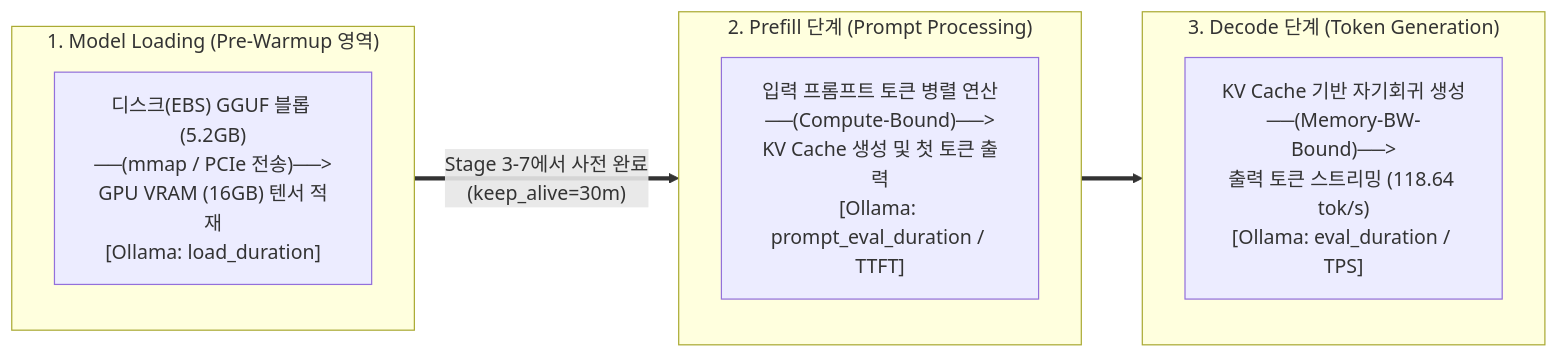
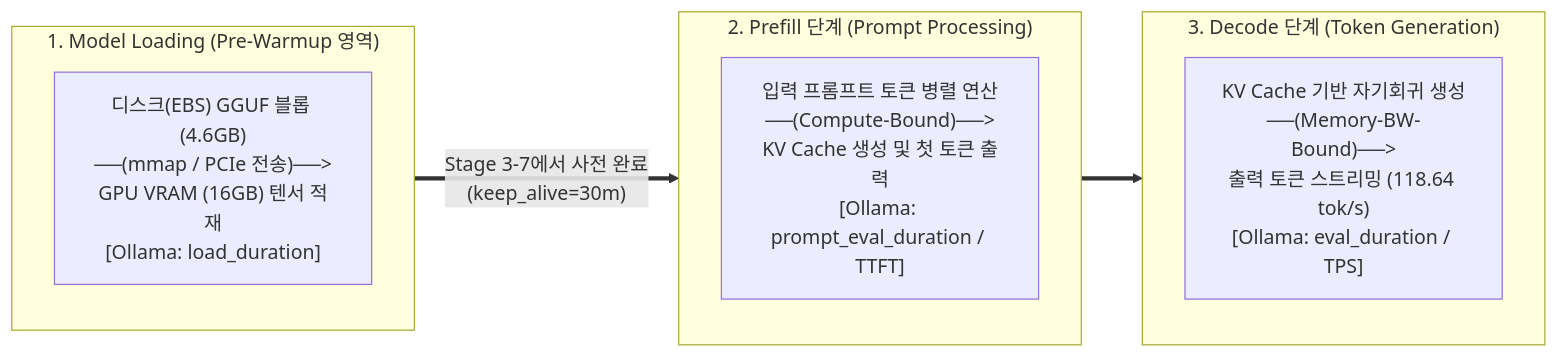
One commit to cloud-barista/cm-beetle changed diagram 15 of 15 in docs/poc/ai-service-migration-design.md. Above: the diagram before and after it, drawn with Mermaid. The commit also changed other lines of this file and 8 other files, not shown here.

````diff
--- a/docs/poc/ai-service-migration-design.md
+++ b/docs/poc/ai-service-migration-design.md
@@ -639,16 +638,16 @@
 ```mermaid
 flowchart LR
     subgraph Phase0["1. Model Loading (Pre-Warmup 영역)"]
-        L["디스크(EBS) GGUF 블롭 (5.2GB)\n──(mmap / PCIe 전송)──>\nGPU VRAM (16GB) 텐서 적재\n[Ollama: load_duration]"]
+        L["디스크(EBS) GGUF 블롭 (4.6GB)\n──(mmap / PCIe 전송)──>\nGPU VRAM (16GB) 텐서 적재\n[Ollama: load_duration]"]
     end
 
     subgraph Phase1["2. Prefill 단계 (Prompt Processing)"]
         P["입력 프롬프트 토큰 병렬 연산\n──(Compute-Bound)──>\nKV Cache 생성 및 첫 토큰 출력\n[Ollama: prompt_eval_duration / TTFT]"]
     end
 
     subgraph Phase2["3. Decode 단계 (Token Generation)"]
         D["KV Cache 기반 자기회귀 생성\n──(Memory-BW-Bound)──>\n출력 토큰 스트리밍 (118.64 tok/s)\n[Ollama: eval_duration / TPS]"]
     end
 
     Phase0 ==>|"Stage 3-7에서 사전 완료\n(keep_alive=30m)"| Phase1 ==> Phase2
 ```
````
